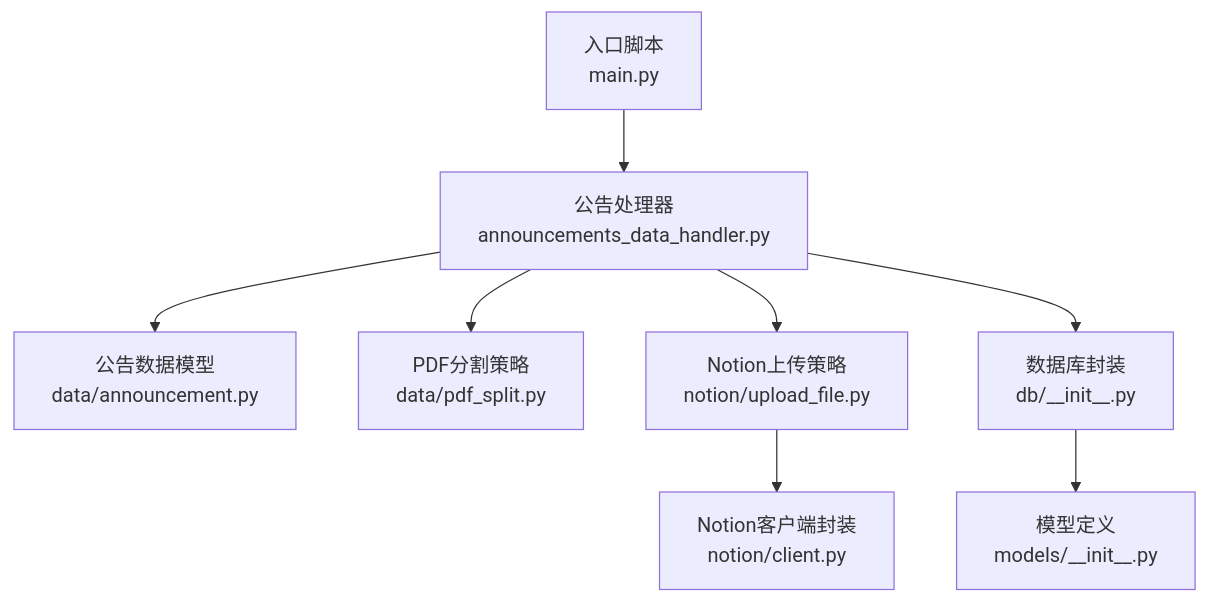
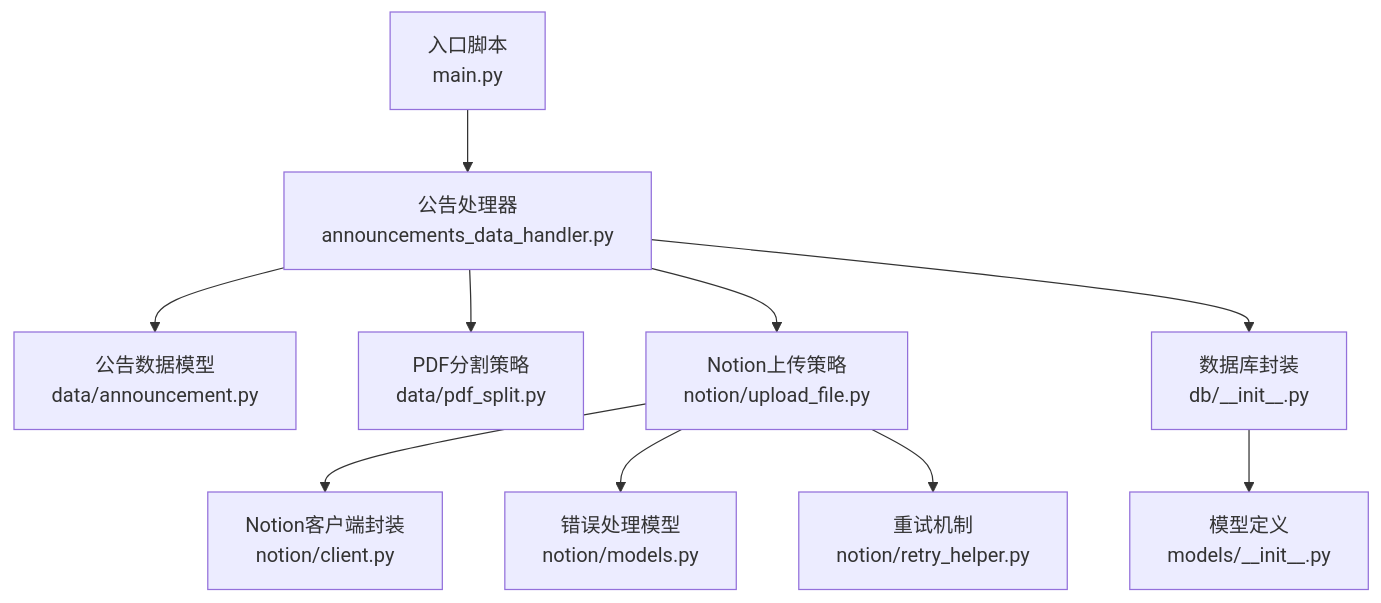
One commit to iverwong/DataLife changed the first of 9 diagrams in .qoder/repowiki/zh/content/核心模块详解/Notion集成模块/文件上传策略.md. Above: the diagram before and after it, drawn with Mermaid. The commit also changed other lines of this file and 14 other files, not shown here.

````diff
--- a/.qoder/repowiki/zh/content/核心模块详解/Notion集成模块/文件上传策略.md
+++ b/.qoder/repowiki/zh/content/核心模块详解/Notion集成模块/文件上传策略.md
@@ -39,10 +51,12 @@
 ```mermaid
 graph TB
 A["入口脚本<br/>main.py"] --> B["公告处理器<br/>announcements_data_handler.py"]
 B --> C["公告数据模型<br/>data/announcement.py"]
 B --> D["PDF分割策略<br/>data/pdf_split.py"]
 B --> E["Notion上传策略<br/>notion/upload_file.py"]
 E --> F["Notion客户端封装<br/>notion/client.py"]
 B --> G["数据库封装<br/>db/__init__.py"]
 G --> H["模型定义<br/>models/__init__.py"]
+E --> I["错误处理模型<br/>notion/models.py"]
+E --> J["重试机制<br/>notion/retry_helper.py"]
 ```
````
